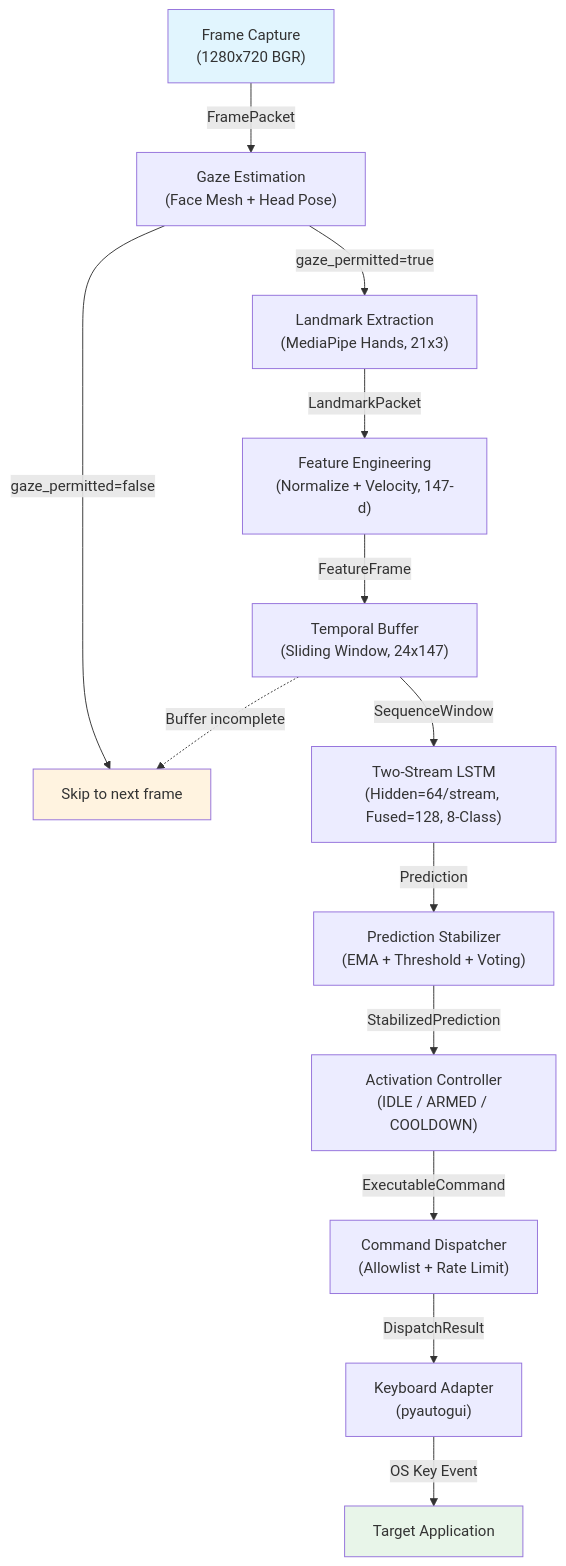
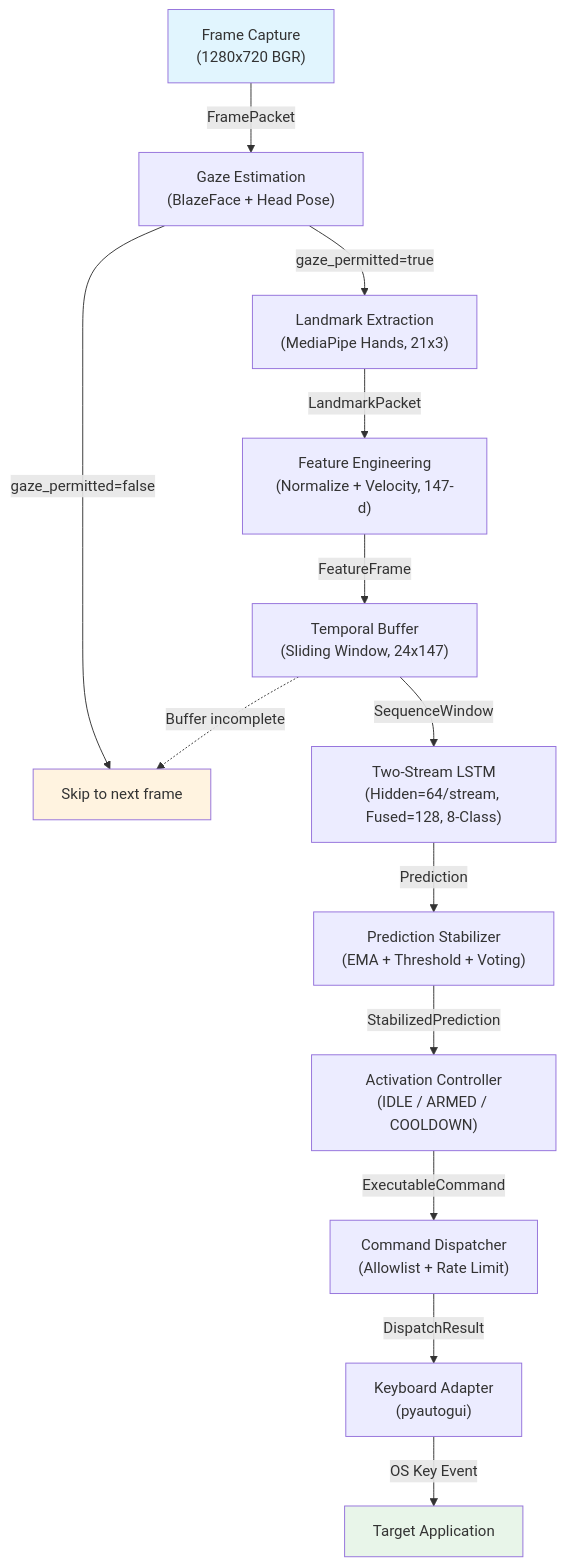
The first of 2 diagrams in docs/architecture/data-flow.md (ntsrigaud/Maestro), drawn with Mermaid before and after one commit. The commit also changed other lines of this file and 4 other files, not shown here.

First line of the commit message:
docs: update stale architectural references to Face Mesh model

````diff
--- a/docs/architecture/data-flow.md
+++ b/docs/architecture/data-flow.md
@@ -9,20 +9,20 @@
 ```mermaid
 graph TD
-    A["Frame Capture<br/>(1280x720 BGR)"] -->|FramePacket| B["Gaze Estimation<br/>(Face Mesh + Head Pose)"]
+    A["Frame Capture<br/>(1280x720 BGR)"] -->|FramePacket| B["Gaze Estimation<br/>(BlazeFace + Head Pose)"]
     B -->|gaze_permitted=false| Z["Skip to next frame"]
     B -->|gaze_permitted=true| C["Landmark Extraction<br/>(MediaPipe Hands, 21x3)"]
     C -->|LandmarkPacket| D["Feature Engineering<br/>(Normalize + Velocity, 147-d)"]
     D -->|FeatureFrame| E["Temporal Buffer<br/>(Sliding Window, 24x147)"]
     E -->|SequenceWindow| F["Two-Stream LSTM<br/>(Hidden=64/stream, Fused=128, 8-Class)"]
     F -->|Prediction| G["Prediction Stabilizer<br/>(EMA + Threshold + Voting)"]
     G -->|StabilizedPrediction| H["Activation Controller<br/>(IDLE / ARMED / COOLDOWN)"]
     H -->|ExecutableCommand| I["Command Dispatcher<br/>(Allowlist + Rate Limit)"]
     I -->|DispatchResult| J["Keyboard Adapter<br/>(pyautogui)"]
     J -->|OS Key Event| K["Target Application"]
 
     E -.->|Buffer incomplete| Z
 
     style A fill:#e1f5fe
     style K fill:#e8f5e9
     style Z fill:#fff3e0
 ```
````
